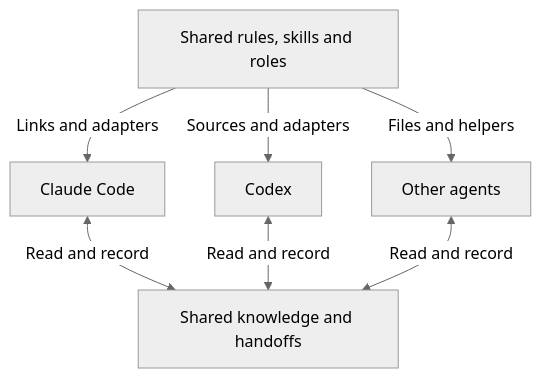
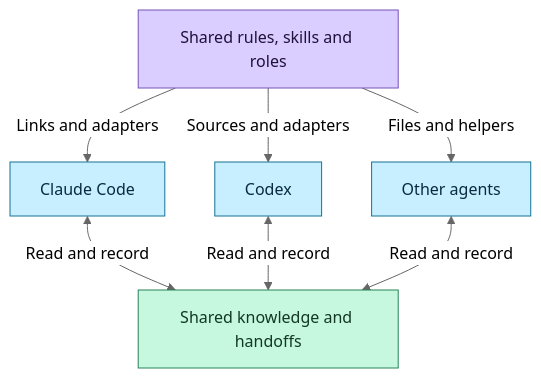
One commit to elartifice/arti-sdd-protocol changed the first of 2 diagrams in docs/AGENT-SETUP.md. Above: the diagram before and after it, drawn with Mermaid (neutral theme). The commit also changed other lines of this file and 9 other files, not shown here.

Commit message:
Explain focused agent teams with vertical diagrams and a scoped cost study

````diff
--- a/docs/AGENT-SETUP.md
+++ b/docs/AGENT-SETUP.md
@@ -35,10 +45,16 @@
 ```mermaid
 flowchart TB
     shared["Shared rules, skills and roles"]
     shared -->|Links and adapters| claude["Claude Code"]
     shared -->|Sources and adapters| codex["Codex"]
     shared -->|Files and helpers| other["Other agents"]
     claude <-->|Read and record| knowledge["Shared knowledge and handoffs"]
     codex <-->|Read and record| knowledge
     other <-->|Read and record| knowledge
+    classDef source fill:#d9ceff,stroke:#7652bb,color:#20113b
+    classDef host fill:#c8efff,stroke:#147394,color:#092b3d
+    classDef memory fill:#c6f7df,stroke:#288359,color:#123824
+    class shared source
+    class claude,codex,other host
+    class knowledge memory
 ```
````
